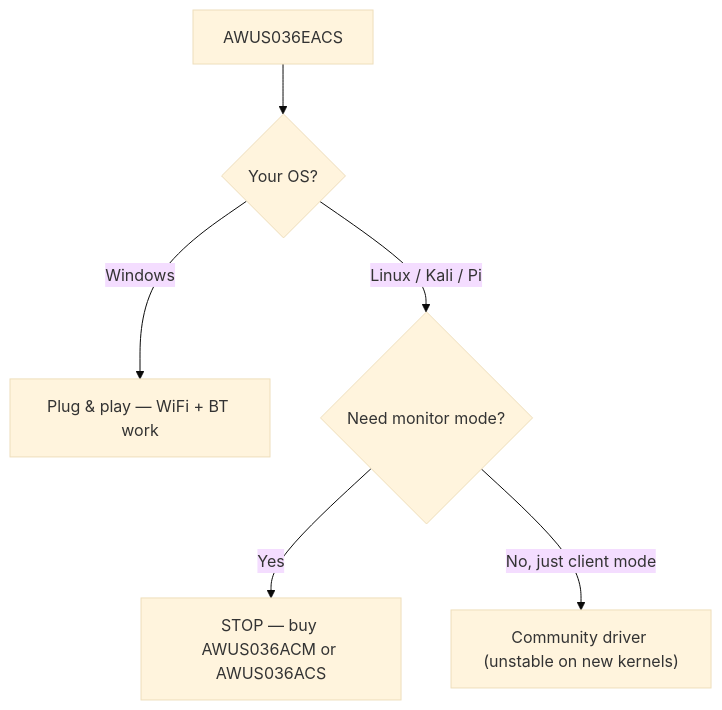
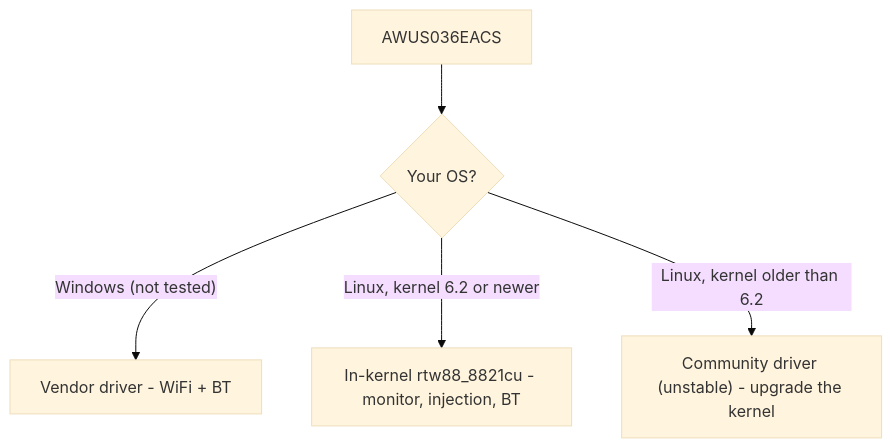
One commit to yopitek/yupitek-wiki changed the diagram in docs/01-alfa-network/products/awus036eacs/index.md. Above: the diagram before and after it, drawn with Mermaid (base theme). The commit also changed other lines of this file and 108 other files, not shown here.

````diff
--- a/docs/01-alfa-network/products/awus036eacs/index.md
+++ b/docs/01-alfa-network/products/awus036eacs/index.md
@@ -53,8 +106,7 @@
 ```mermaid
 flowchart TD
     A["AWUS036EACS"] --> B{"Your OS?"}
-    B -->|"Windows"| C["Plug & play — WiFi + BT work"]
-    B -->|"Linux / Kali / Pi"| D{"Need monitor mode?"}
-    D -->|"Yes"| E["STOP — buy AWUS036ACM or AWUS036ACS"]
-    D -->|"No, just client mode"| F["Community driver (unstable on new kernels)"]
+    B -->|"Windows (not tested)"| C["Vendor driver - WiFi + BT"]
+    B -->|"Linux, kernel 6.2 or newer"| D["In-kernel rtw88_8821cu - monitor, injection, BT"]
+    B -->|"Linux, kernel older than 6.2"| E["Community driver (unstable) - upgrade the kernel"]
 ```
````
